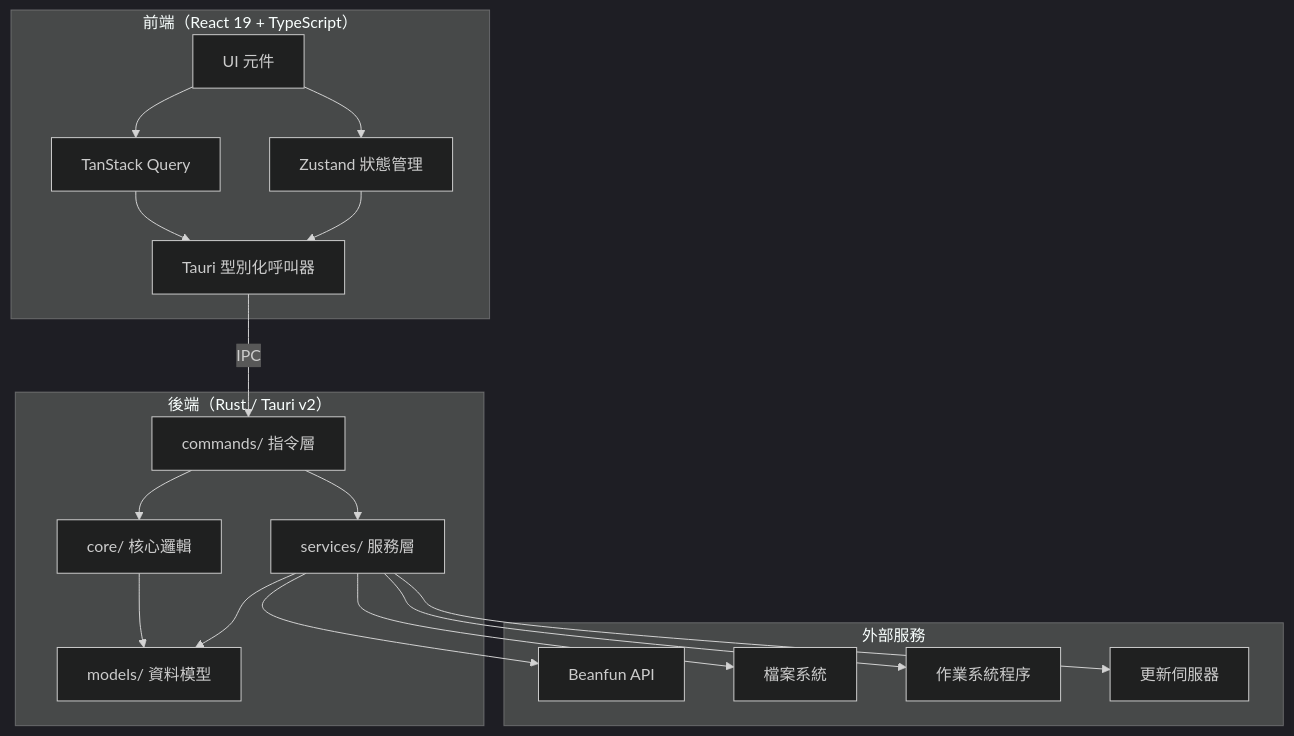
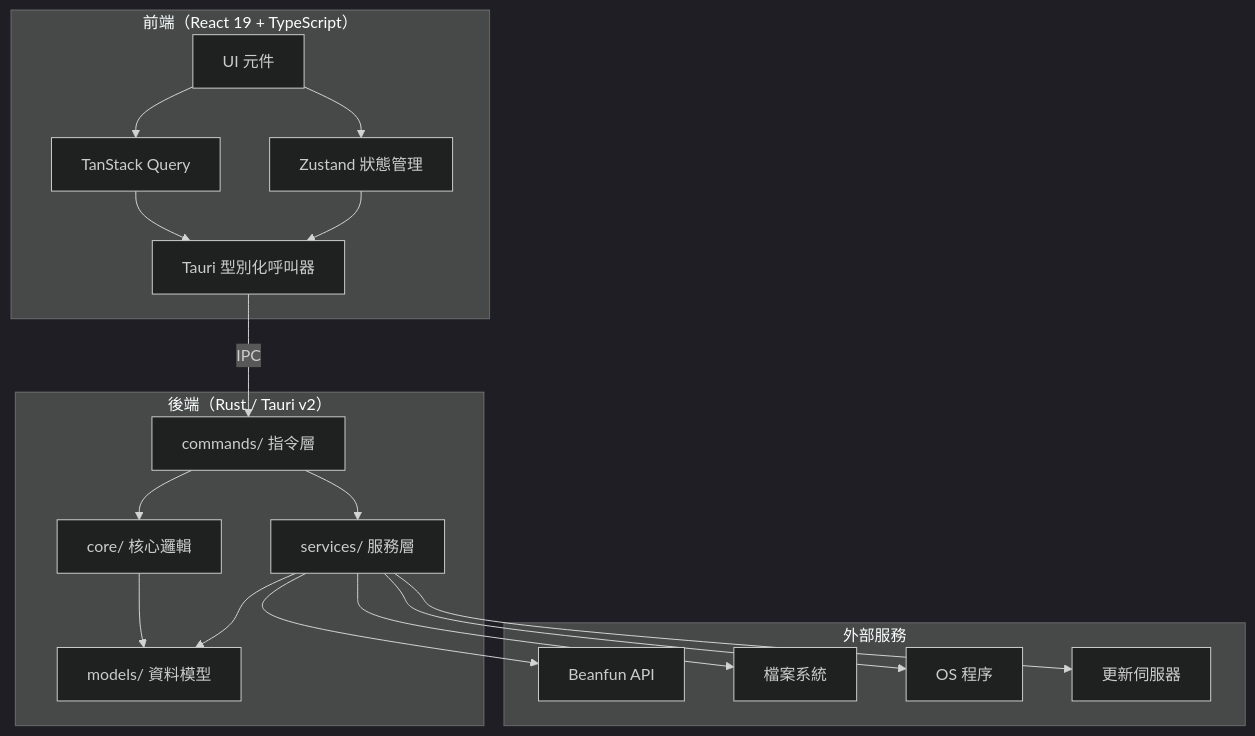
Before and after one commit to lshw54/maplelink: the first of 2 diagrams in README.md, drawn with Mermaid (dark theme). The commit also changed other lines of this file and 23 other files, not shown here.

````diff
--- a/README.md
+++ b/README.md
@@ -72,37 +79,37 @@
 ```mermaid
 graph TB
     subgraph 前端 ["前端（React 19 + TypeScript）"]
         UI[UI 元件]
         Zustand[Zustand 狀態管理]
         TQ[TanStack Query]
         Invoker[Tauri 型別化呼叫器]
     end
 
     subgraph 後端 ["後端（Rust / Tauri v2）"]
         Commands[commands/ 指令層]
         Core[core/ 核心邏輯]
         Services[services/ 服務層]
         Models[models/ 資料模型]
     end
 
     subgraph 外部 ["外部服務"]
         Beanfun[Beanfun API]
         FS[檔案系統]
-        Process[作業系統程序]
+        Process[OS 程序]
         Updater[更新伺服器]
     end
 
     UI --> Zustand
     UI --> TQ
     TQ --> Invoker
     Zustand --> Invoker
     Invoker -->|IPC| Commands
     Commands --> Core
     Commands --> Services
     Core --> Models
     Services --> Models
     Services --> Beanfun
     Services --> FS
     Services --> Process
     Services --> Updater
 ```
````
